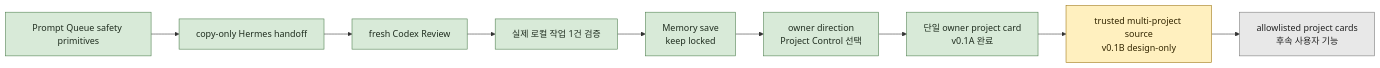
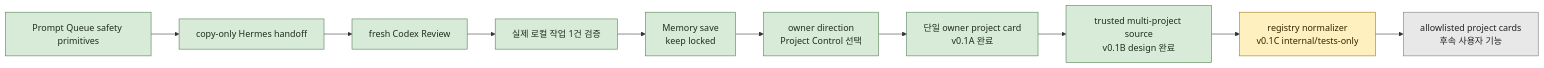
One commit to 1412moo/jarvis-core changed the second of 2 diagrams in docs/master-plan.md. Above: the diagram before and after it, drawn with Mermaid. The commit also changed other lines of this file and 3 other files, not shown here.

Commit message:
docs: design trusted project control sources

````diff
--- a/docs/master-plan.md
+++ b/docs/master-plan.md
@@ -147,18 +150,19 @@
 ```mermaid
 flowchart LR
     A["Prompt Queue safety primitives"] --> B["copy-only Hermes handoff"]
     B --> C["fresh Codex Review"]
     C --> D["실제 로컬 작업 1건 검증"]
     D --> E["Memory save<br/>keep locked"]
     E --> F["owner direction<br/>Project Control 선택"]
     F --> G["단일 owner project card<br/>v0.1A 완료"]
-    G --> H["trusted multi-project source<br/>v0.1B design-only"]
-    H --> I["allowlisted project cards<br/>후속 사용자 기능"]
+    G --> H["trusted multi-project source<br/>v0.1B design 완료"]
+    H --> I["registry normalizer<br/>v0.1C internal/tests-only"]
+    I --> J["allowlisted project cards<br/>후속 사용자 기능"]
 
     classDef done fill:#d8ead8,stroke:#4d7d4d,color:#1f2d1f;
     classDef current fill:#fff0bf,stroke:#9b7412,color:#332600;
     classDef future fill:#e8e8e8,stroke:#777,color:#222;
-    class A,B,C,D,E,F,G done;
-    class H current;
-    class I future;
+    class A,B,C,D,E,F,G,H done;
+    class I current;
+    class J future;
 ```
````
